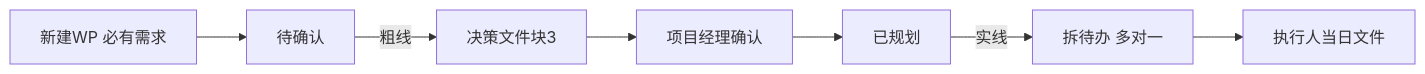
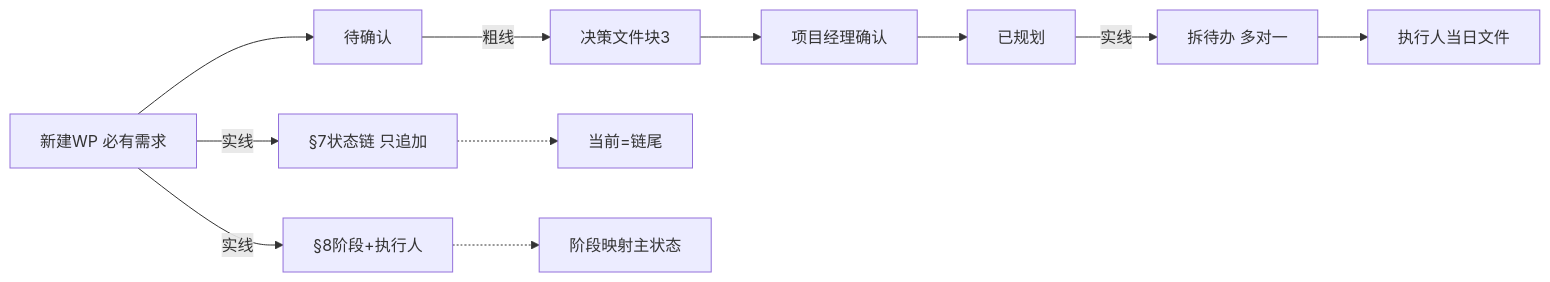
One commit to qiusuo0226/chrono-pm-skill changed the fifth of 18 diagrams in ChronoPM-Project/SKILL_MODULE_MAP.md. Above: the diagram before and after it, drawn with Mermaid. The commit also changed other lines of this file and 3 other files, not shown here.

Commit message:
补 SKILL_MODULE_MAP：G4 状态链/阶段、G5 投影闸、G13 查询闸2、G16 落盘、G17 词库

````diff
--- a/ChronoPM-Project/SKILL_MODULE_MAP.md
+++ b/ChronoPM-Project/SKILL_MODULE_MAP.md
@@ -51,9 +51,13 @@
 ```mermaid
 flowchart LR
-  NEW[新建WP 必有需求] --> PEND[待确认]
+  NEW[新建WP 必有需求] -->|实线| H7[§7状态链 只追加]
+  NEW -->|实线| H8[§8阶段+执行人]
+  NEW --> PEND[待确认]
   PEND -->|粗线| B3[决策文件块3]
   B3 --> PM[项目经理确认]
   PM --> PLANED[已规划]
   PLANED -->|实线| TD[拆待办 多对一]
   TD --> OWNER[执行人当日文件]
+  H7 -.-> CUR[当前=链尾]
+  H8 -.-> MAP[阶段映射主状态]
 ```
````
